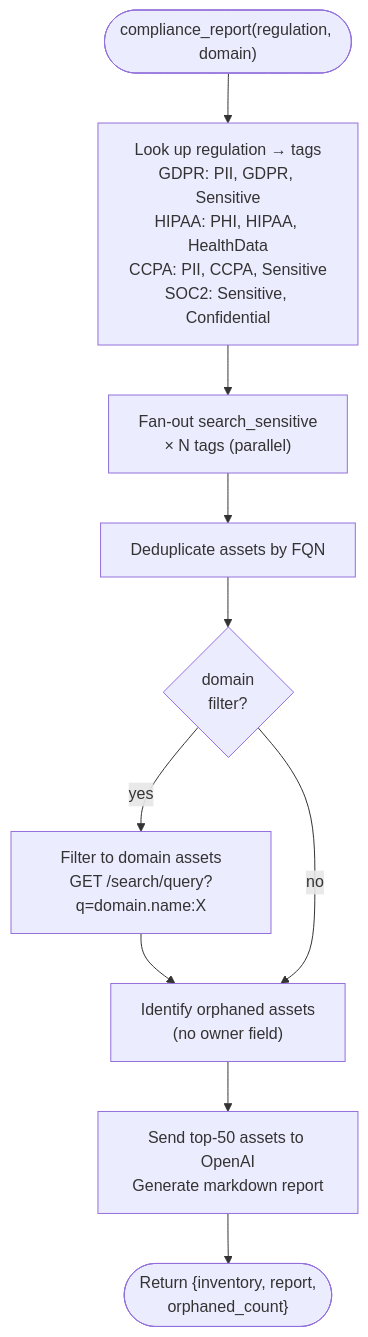
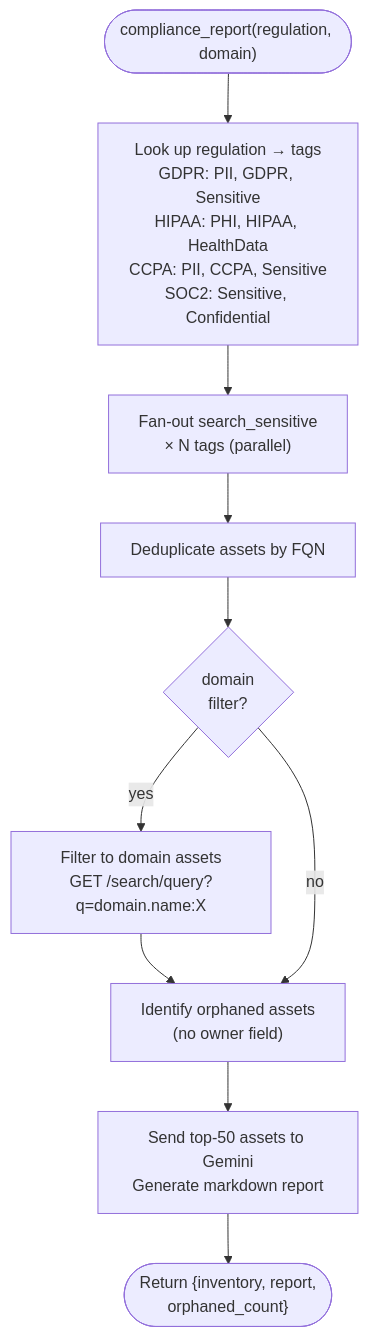
One commit to rohanjain1648/METADATA_HACKATHON changed the fifth of 8 diagrams in dataguardian/README.md. Above: the diagram before and after it, drawn with Mermaid. The commit also changed other lines of this file and 1 other file, not shown here.

````diff
--- a/dataguardian/README.md
+++ b/dataguardian/README.md
@@ -282,18 +318,18 @@
 ```mermaid
 flowchart TD
     START(["compliance_report(regulation, domain)"])
     TAGS["Look up regulation → tags\nGDPR: PII, GDPR, Sensitive\nHIPAA: PHI, HIPAA, HealthData\nCCPA: PII, CCPA, Sensitive\nSOC2: Sensitive, Confidential"]
     FAN["Fan-out search_sensitive\n× N tags (parallel)"]
     DEDUP["Deduplicate assets by FQN"]
     DOMAIN{"domain\nfilter?"}
     FILTER["Filter to domain assets\nGET /search/query?q=domain.name:X"]
     ORPHAN["Identify orphaned assets\n(no owner field)"]
-    LLM["Send top-50 assets to OpenAI\nGenerate markdown report"]
+    LLM["Send top-50 assets to Gemini\nGenerate markdown report"]
     RESULT(["Return {inventory, report,\norphaned_count}"])
 
     START --> TAGS --> FAN --> DEDUP
     DEDUP --> DOMAIN
     DOMAIN -->|yes| FILTER --> ORPHAN
     DOMAIN -->|no| ORPHAN
     ORPHAN --> LLM --> RESULT
 ```
````
